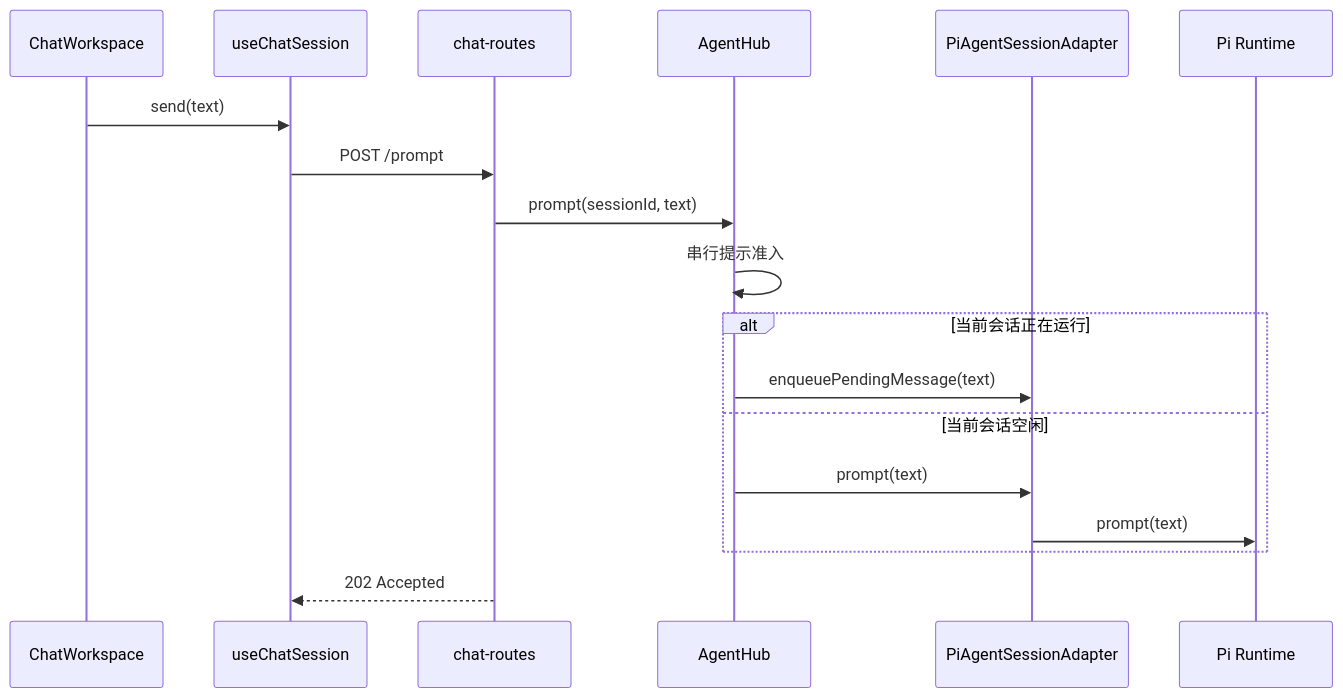
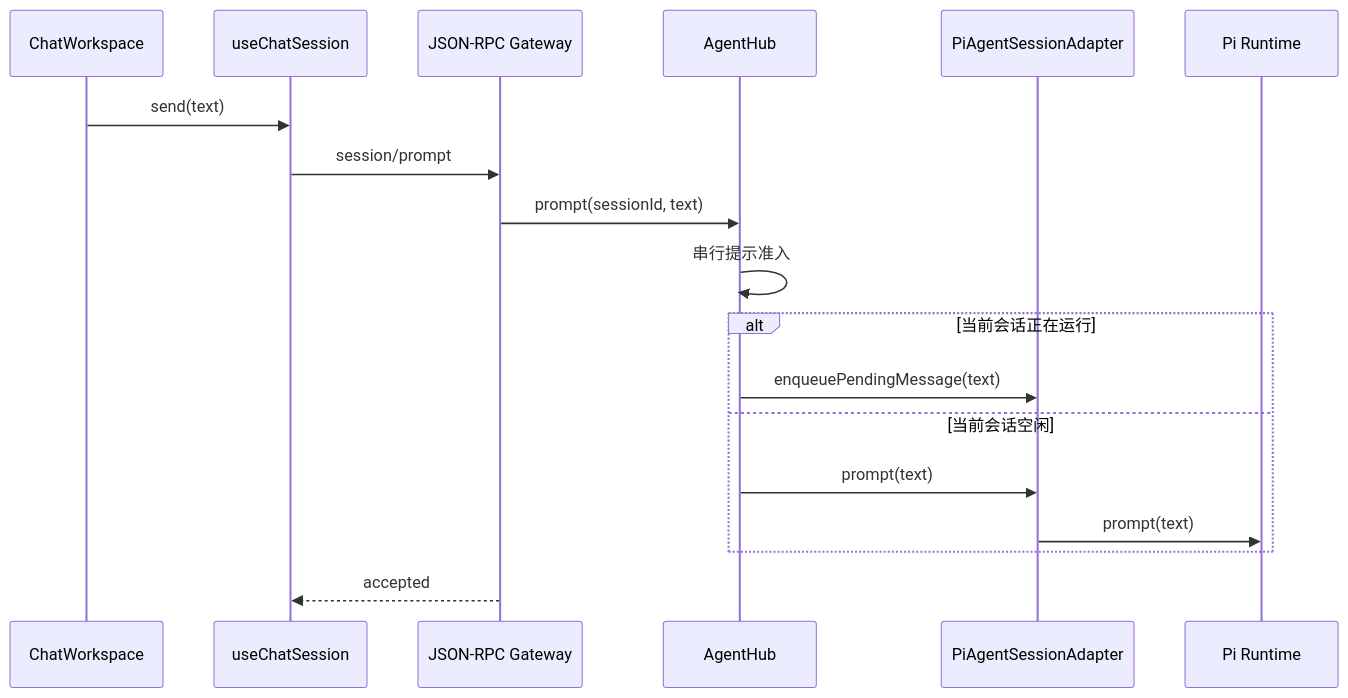
The first of 3 diagrams in docs/session-execution.md (GoetheDady/lvdagun), drawn with Mermaid before and after one commit. The commit also changed other lines of this file and 74 other files, not shown here.

Commit message:
feat: 迁移 JSON-RPC 并新增产品会话历史

````diff
--- a/docs/session-execution.md
+++ b/docs/session-execution.md
@@ -21,21 +25,21 @@
 ```mermaid
 sequenceDiagram
   participant Page as ChatWorkspace
   participant Hook as useChatSession
-  participant Route as chat-routes
+  participant Gateway as JSON-RPC Gateway
   participant Hub as AgentHub
   participant Session as PiAgentSessionAdapter
   participant Pi as Pi Runtime
 
   Page->>Hook: send(text)
-  Hook->>Route: POST /prompt
-  Route->>Hub: prompt(sessionId, text)
+  Hook->>Gateway: session/prompt
+  Gateway->>Hub: prompt(sessionId, text)
   Hub->>Hub: 串行提示准入
   alt 当前会话正在运行
     Hub->>Session: enqueuePendingMessage(text)
   else 当前会话空闲
     Hub->>Session: prompt(text)
     Session->>Pi: prompt(text)
   end
-  Route-->>Hook: 202 Accepted
+  Gateway-->>Hook: accepted
 ```
````
